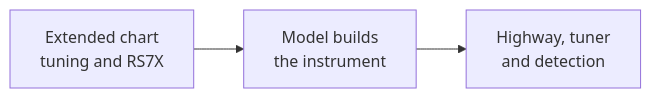
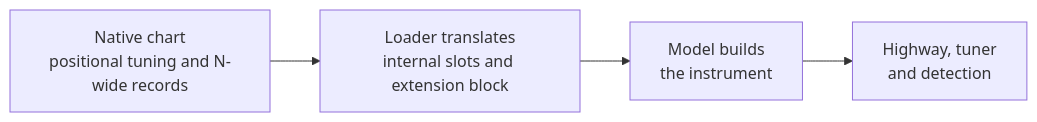
Before and after one commit to SomeeName/rs7string: the diagram in docs/architecture/01-what-the-mod-does.md, drawn with Mermaid. The commit also changed other lines of this file and 728 other files, not shown here.

````diff
--- a/docs/architecture/01-what-the-mod-does.md
+++ b/docs/architecture/01-what-the-mod-does.md
@@ -15,5 +15,6 @@
 ```mermaid
 flowchart LR
-    chart["Extended chart<br/>tuning and RS7X"] --> model["Model builds<br/>the instrument"]
+    chart["Native chart<br/>positional tuning and N-wide records"] --> load["Loader translates<br/>internal slots and extension block"]
+    load --> model["Model builds<br/>the instrument"]
     model --> play["Highway, tuner<br/>and detection"]
 ```
````
